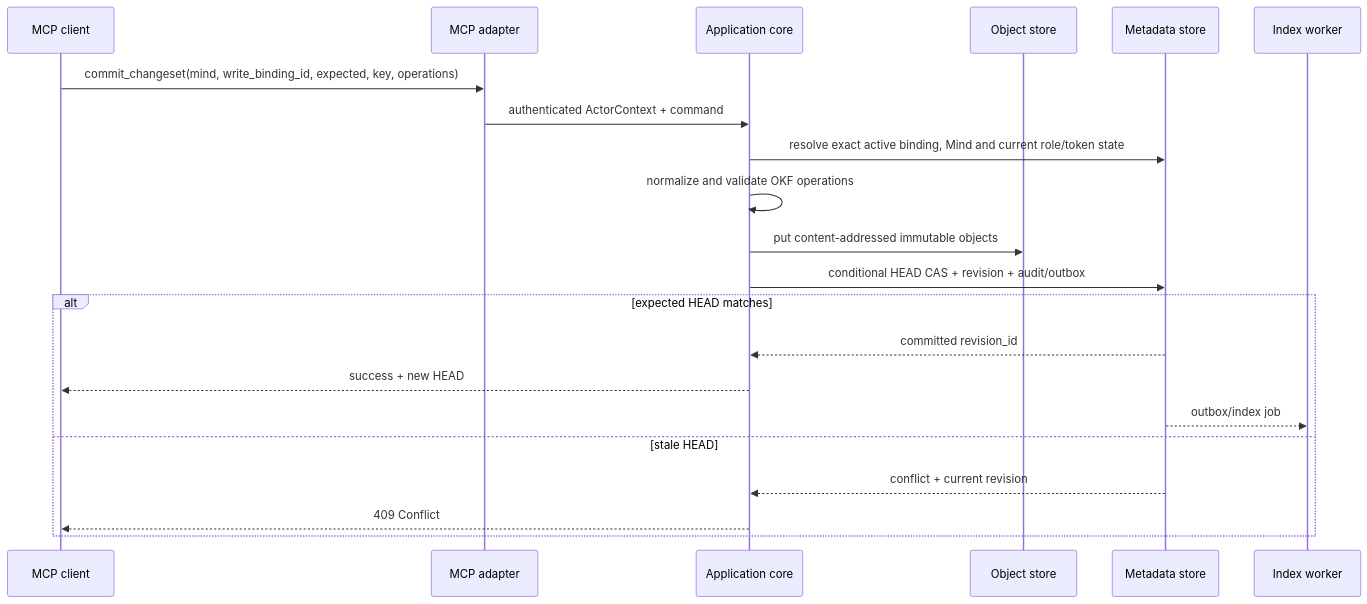
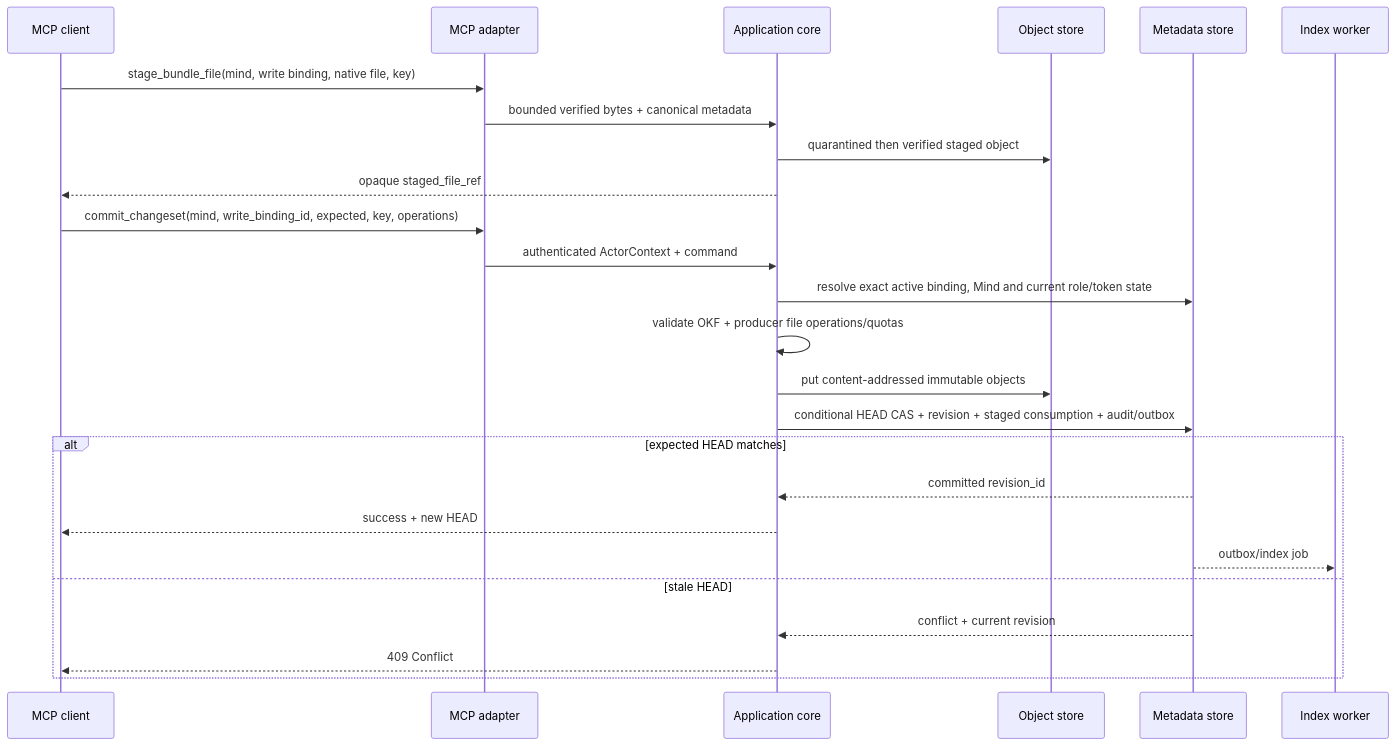
The second of 2 diagrams in docs/architecture.md (xxsrez/MindDiary), drawn with Mermaid before and after one commit. The commit also changed other lines of this file and 9 other files, not shown here.

````diff
--- a/docs/architecture.md
+++ b/docs/architecture.md
@@ -430,24 +444,28 @@
 ```mermaid
 sequenceDiagram
     participant A as MCP client
     participant M as MCP adapter
     participant C as Application core
     participant O as Object store
     participant D as Metadata store
     participant W as Index worker
 
+    A->>M: stage_bundle_file(mind, write binding, native file, key)
+    M->>C: bounded verified bytes + canonical metadata
+    C->>O: quarantined then verified staged object
+    C-->>A: opaque staged_file_ref
     A->>M: commit_changeset(mind, write_binding_id, expected, key, operations)
     M->>C: authenticated ActorContext + command
     C->>D: resolve exact active binding, Mind and current role/token state
-    C->>C: normalize and validate OKF operations
+    C->>C: validate OKF + producer file operations/quotas
     C->>O: put content-addressed immutable objects
-    C->>D: conditional HEAD CAS + revision + audit/outbox
+    C->>D: conditional HEAD CAS + revision + staged consumption + audit/outbox
     alt expected HEAD matches
         D-->>C: committed revision_id
         C-->>A: success + new HEAD
         D-->>W: outbox/index job
     else stale HEAD
         D-->>C: conflict + current revision
         C-->>A: 409 Conflict
     end
 ```
````
